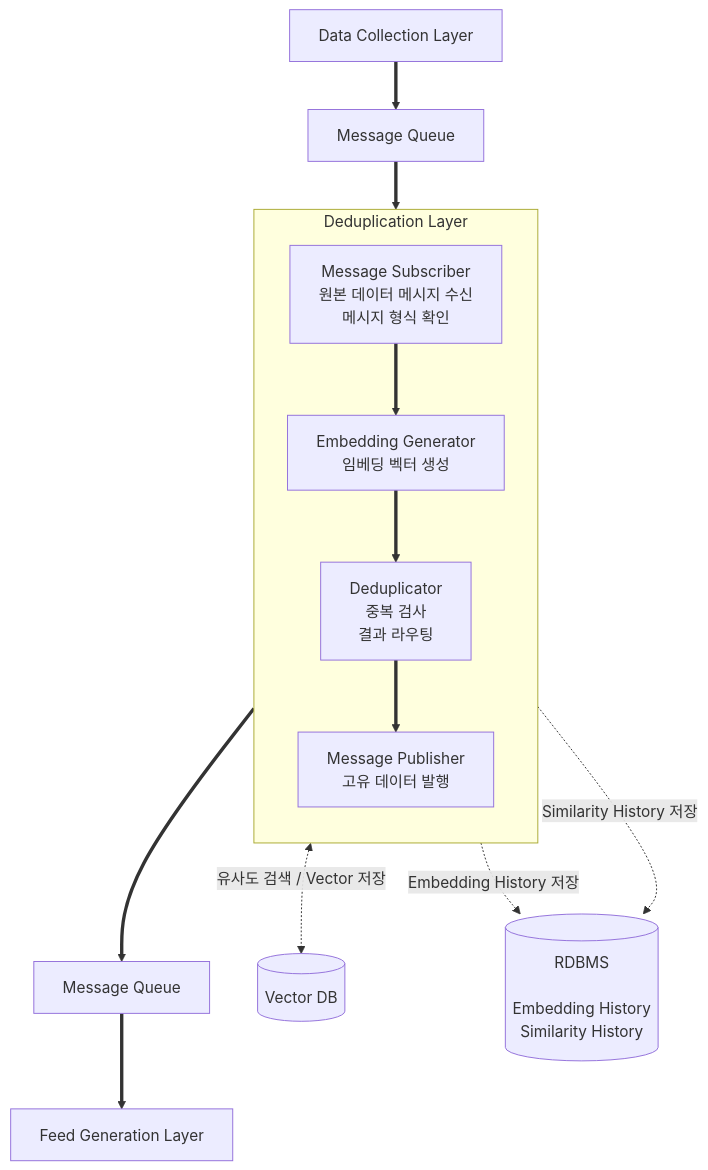
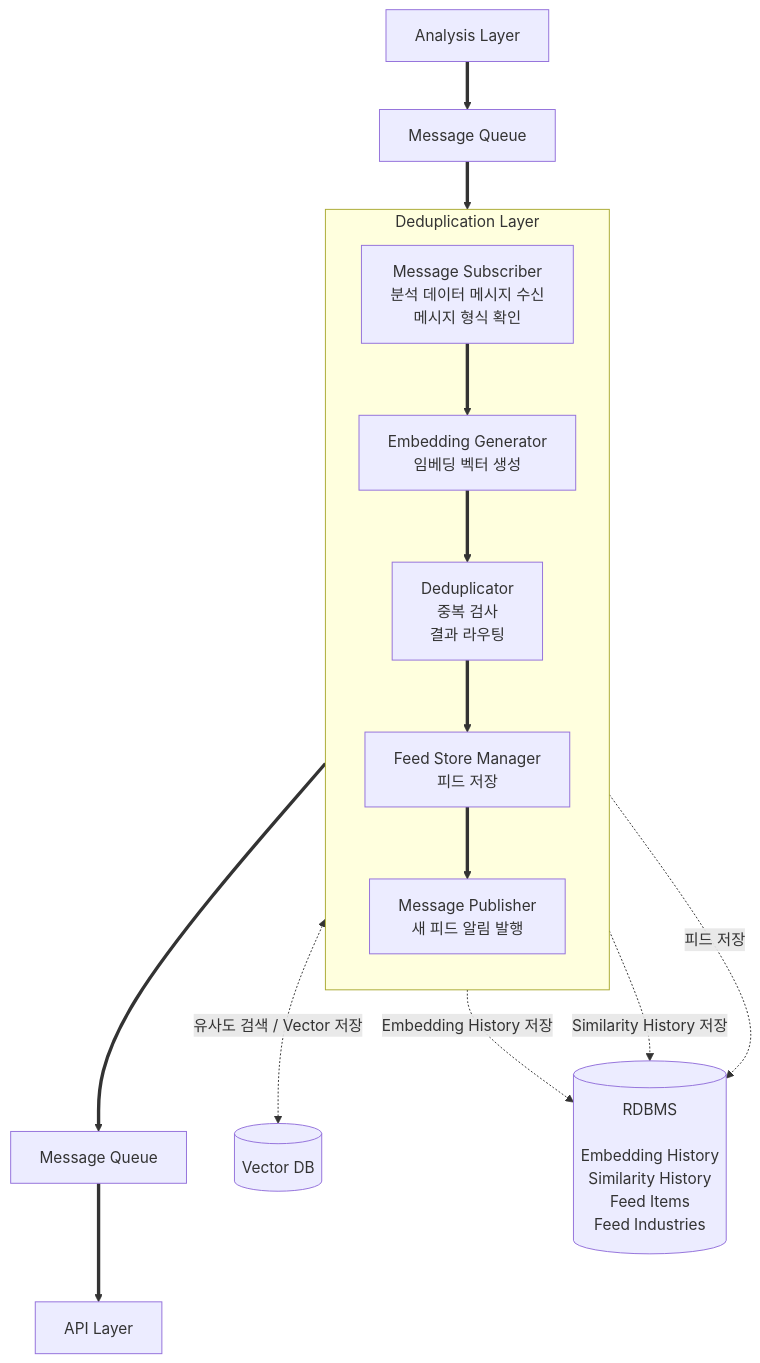
One commit to Trump-Scan/.github changed the diagram in 3.DeduplicationDesign.md. Above: the diagram before and after it, drawn with Mermaid. The commit also changed other lines of this file and 9 other files, not shown here.

````diff
--- a/3.DeduplicationDesign.md
+++ b/3.DeduplicationDesign.md
@@ -55,31 +56,34 @@
 ```mermaid
 graph TB
-   DCL[Data Collection Layer]
+   ANL[Analysis Layer]
    MQ1[Message Queue]
    MQ2[Message Queue]
-   FGL[Feed Generation Layer]
+   API[API Layer]
 
    subgraph dedup[Deduplication Layer]
       direction TB
-      MS[Message Subscriber<br/>원본 데이터 메시지 수신<br/>메시지 형식 확인]
+      MS[Message Subscriber<br/>분석 데이터 메시지 수신<br/>메시지 형식 확인]
       EG[Embedding Generator<br/>임베딩 벡터 생성]
       DD[Deduplicator<br/>중복 검사<br/>결과 라우팅]
-      MP[Message Publisher<br/>고유 데이터 발행]
+      FSM[Feed Store Manager<br/>피드 저장]
+      MP[Message Publisher<br/>새 피드 알림 발행]
 
       MS ==> EG
       EG ==> DD
-      DD ==> MP
+      DD ==> FSM
+      FSM ==> MP
    end
 
    VDB[(Vector DB)]
-   RDB[(RDBMS<br/><br/>Embedding History<br/>Similarity History)]
+   RDB[(RDBMS<br/><br/>Embedding History<br/>Similarity History<br/>Feed Items<br/>Feed Industries)]
 
-   DCL ==> MQ1
+   ANL ==> MQ1
    MQ1 ==> MS
    MP ==> MQ2
-   MQ2 ==> FGL
+   MQ2 ==> API
 
    EG -.Embedding History 저장.-> RDB
    DD <-.유사도 검색 / Vector 저장.-> VDB
    DD -.Similarity History 저장.-> RDB
+   FSM -.피드 저장.-> RDB
 ```
````
